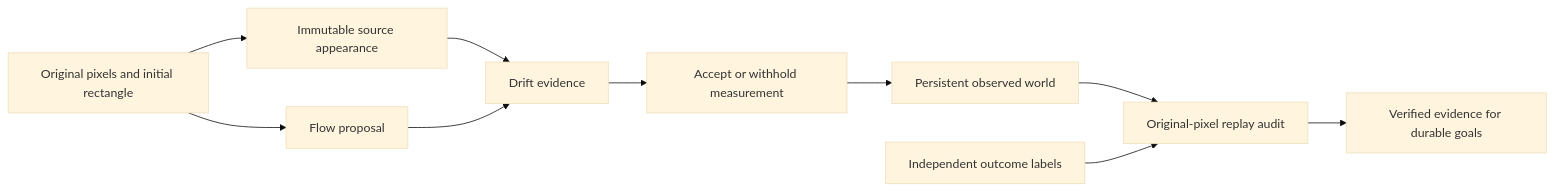
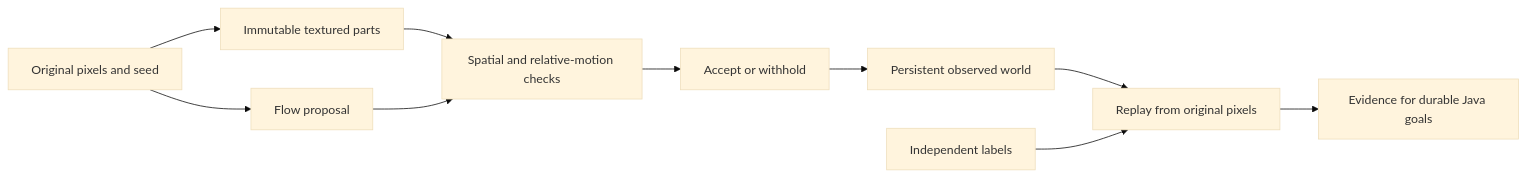
Before and after one commit to eyeoverthink/Fraynix-Agent-Workspace: the diagram in README.md, drawn with Mermaid (base theme). The commit also changed other lines of this file and 255 other files, not shown here.

Commit message:
Document edition 139 foreground motion and spatial structure with independent retained evidence

````diff
--- a/README.md
+++ b/README.md
@@ -132,12 +158,12 @@
 ```mermaid
 flowchart LR
-  A[Original pixels and initial rectangle] --> B[Immutable source appearance]
+  A[Original pixels and seed] --> B[Immutable textured parts]
   A --> C[Flow proposal]
-  B --> D[Drift evidence]
+  B --> D[Spatial and relative-motion checks]
   C --> D
-  D --> E[Accept or withhold measurement]
+  D --> E[Accept or withhold]
   E --> F[Persistent observed world]
-  F --> G[Original-pixel replay audit]
-  H[Independent outcome labels] --> G
-  G --> I[Verified evidence for durable goals]
+  F --> G[Replay from original pixels]
+  H[Independent labels] --> G
+  G --> I[Evidence for durable Java goals]
 ```
````
